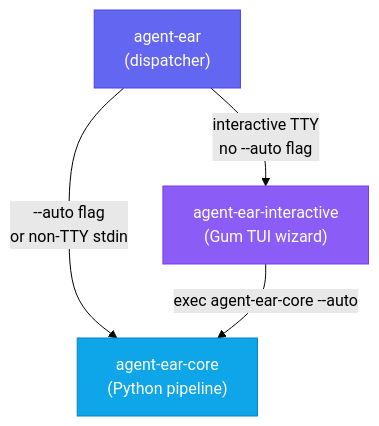
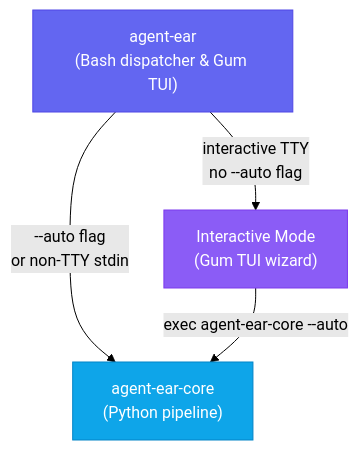
Before and after one commit to Aurelian-Shuttleworth/agent-ear: the first of 6 diagrams in docs/explanation/architecture.md, drawn with Mermaid (forest theme). The commit also changed other lines of this file and 7 other files, not shown here.

First line of the commit message:
refactor(architecture): simplify from 3 entry points to 2

````diff
--- a/docs/explanation/architecture.md
+++ b/docs/explanation/architecture.md
@@ -7,10 +7,10 @@
 ```mermaid
 graph TD
-    A["agent-ear<br/>(dispatcher)"] -->|"--auto flag<br/>or non-TTY stdin"| B["agent-ear-core<br/>(Python pipeline)"]
-    A -->|"interactive TTY<br/>no --auto flag"| C["agent-ear-interactive<br/>(Gum TUI wizard)"]
-    C -->|"exec agent-ear-core --auto"| B
+    A["agent-ear<br/>(Bash dispatcher & Gum TUI)"] -->|"--auto flag<br/>or non-TTY stdin"| B["agent-ear-core<br/>(Python pipeline)"]
+    A -->|"interactive TTY<br/>no --auto flag"| A_TUI["Interactive Mode<br/>(Gum TUI wizard)"]
+    A_TUI -->|"exec agent-ear-core --auto"| B
 
     style A fill:#6366f1,stroke:#4f46e5,color:#fff
+    style A_TUI fill:#8b5cf6,stroke:#7c3aed,color:#fff
     style B fill:#0ea5e9,stroke:#0284c7,color:#fff
-    style C fill:#8b5cf6,stroke:#7c3aed,color:#fff
 ```
````
